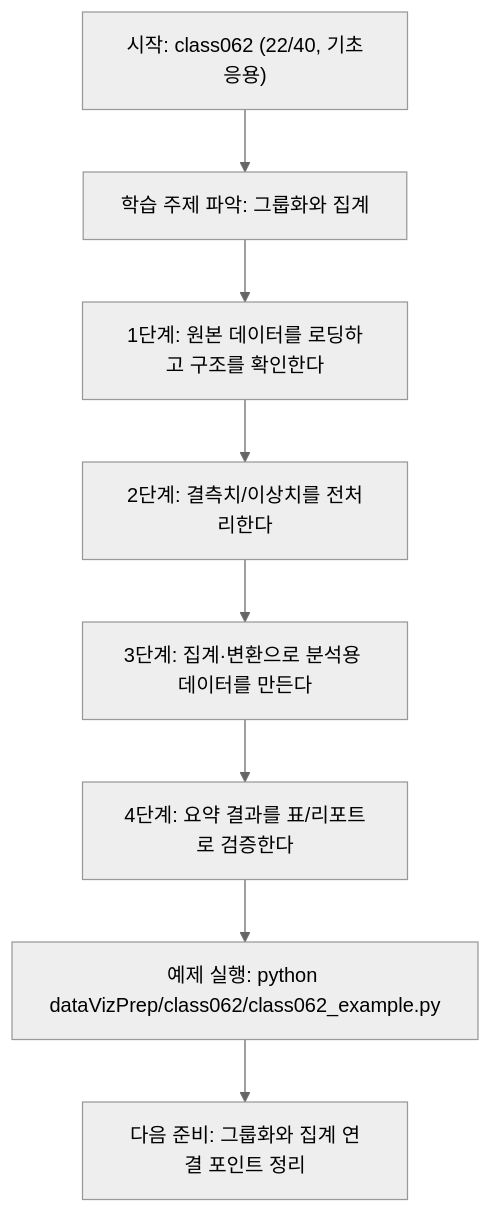
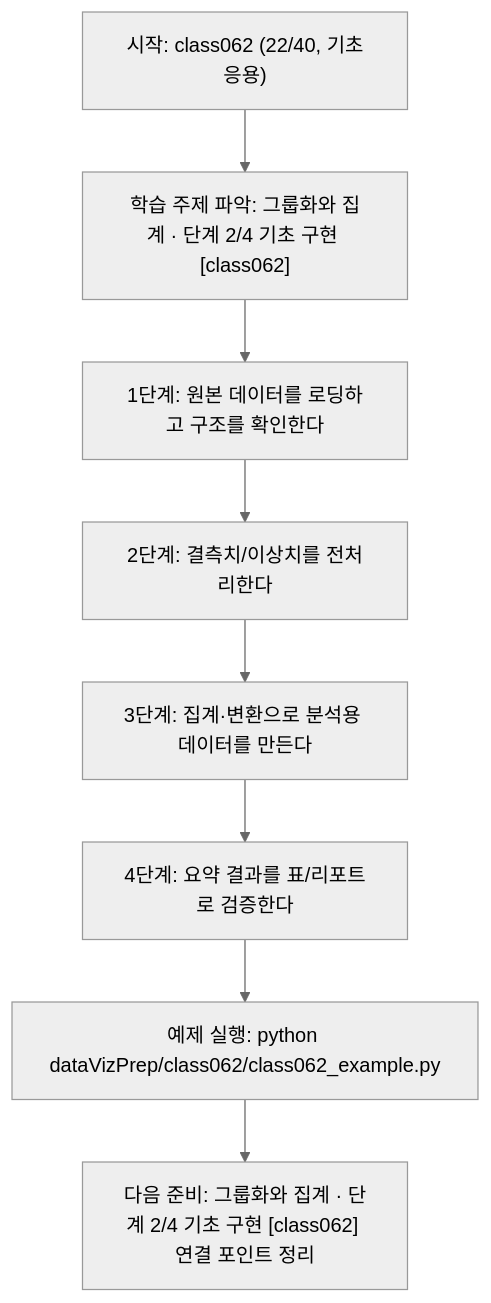
The diagram in dataVizPrep/class062/class062.md (edumgt/Python-AI_Agent-Class), drawn with Mermaid (neutral theme) before and after one commit. The commit also changed other lines of this file and 522 other files, not shown here.

````diff
--- a/dataVizPrep/class062/class062.md
+++ b/dataVizPrep/class062/class062.md
@@ -109,18 +110,18 @@
 ```mermaid
 flowchart TD
 N1["시작: class062 (22/40, 기초응용)"]
-N2["학습 주제 파악: 그룹화와 집계"]
+N2["학습 주제 파악: 그룹화와 집계 · 단계 2/4 기초 구현 [class062]"]
 N3["1단계: 원본 데이터를 로딩하고 구조를 확인한다"]
 N4["2단계: 결측치/이상치를 전처리한다"]
 N5["3단계: 집계·변환으로 분석용 데이터를 만든다"]
 N6["4단계: 요약 결과를 표/리포트로 검증한다"]
 N7["예제 실행: python dataVizPrep/class062/class062_example.py"]
-N8["다음 준비: 그룹화와 집계 연결 포인트 정리"]
+N8["다음 준비: 그룹화와 집계 · 단계 2/4 기초 구현 [class062] 연결 포인트 정리"]
 N1 --> N2
 N2 --> N3
 N3 --> N4
 N4 --> N5
 N5 --> N6
 N6 --> N7
 N7 --> N8
 ```
````
